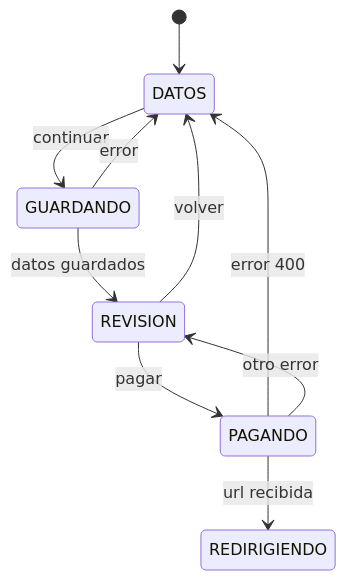
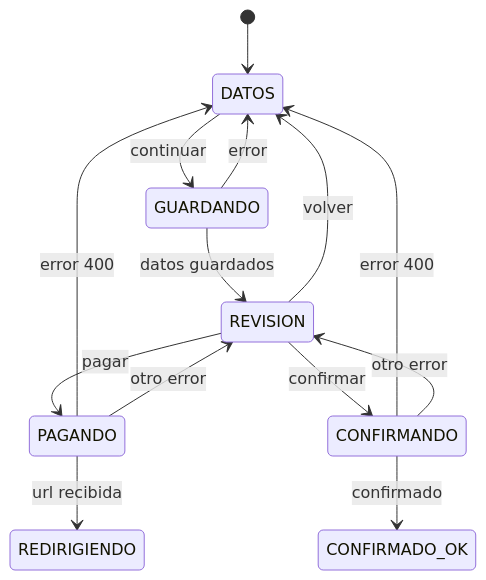
One commit to juanma-yeboyebo/quimera-olula changed the diagram in packages/contextos/src/tienda_online/checkout/specs.md. Above: the diagram before and after it, drawn with Mermaid. The commit also changed other lines of this file and 17 other files, not shown here.

````diff
--- a/packages/contextos/src/tienda_online/checkout/specs.md
+++ b/packages/contextos/src/tienda_online/checkout/specs.md
@@ -35,12 +53,16 @@
 ```mermaid
 stateDiagram-v2
     [*] --> DATOS
     DATOS --> GUARDANDO : continuar
     GUARDANDO --> REVISION : datos guardados
     GUARDANDO --> DATOS : error
     REVISION --> DATOS : volver
     REVISION --> PAGANDO : pagar
     PAGANDO --> REDIRIGIENDO : url recibida
     PAGANDO --> DATOS : error 400
     PAGANDO --> REVISION : otro error
+    REVISION --> CONFIRMANDO : confirmar
+    CONFIRMANDO --> CONFIRMADO_OK : confirmado
+    CONFIRMANDO --> DATOS : error 400
+    CONFIRMANDO --> REVISION : otro error
 ```
````
